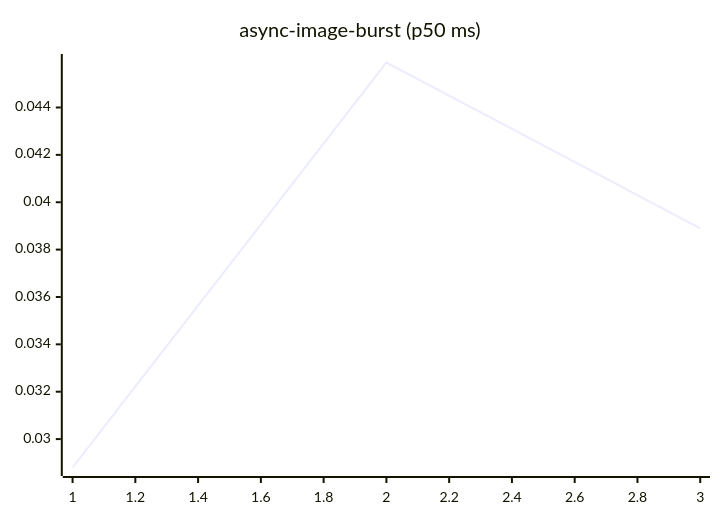
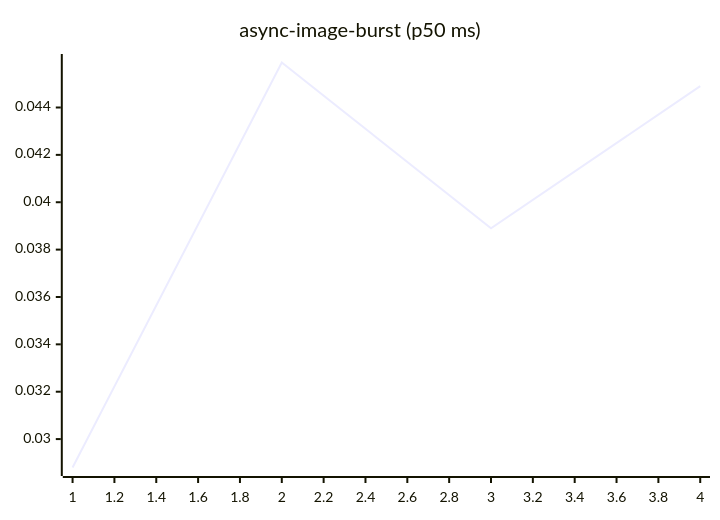
Before and after one commit to josha/Facet: the fourth of 27 diagrams in README.md, drawn with Mermaid. The commit also changed other lines of this file and 2 other files, not shown here.

````diff
--- a/README.md
+++ b/README.md
@@ -84,6 +84,6 @@
 ```mermaid
 xychart-beta
     title "async-image-burst (p50 ms)"
-    x-axis 1 --> 3
-    line [0.0288, 0.0459, 0.0389]
+    x-axis 1 --> 4
+    line [0.0288, 0.0459, 0.0389, 0.0449]
 ```
````
